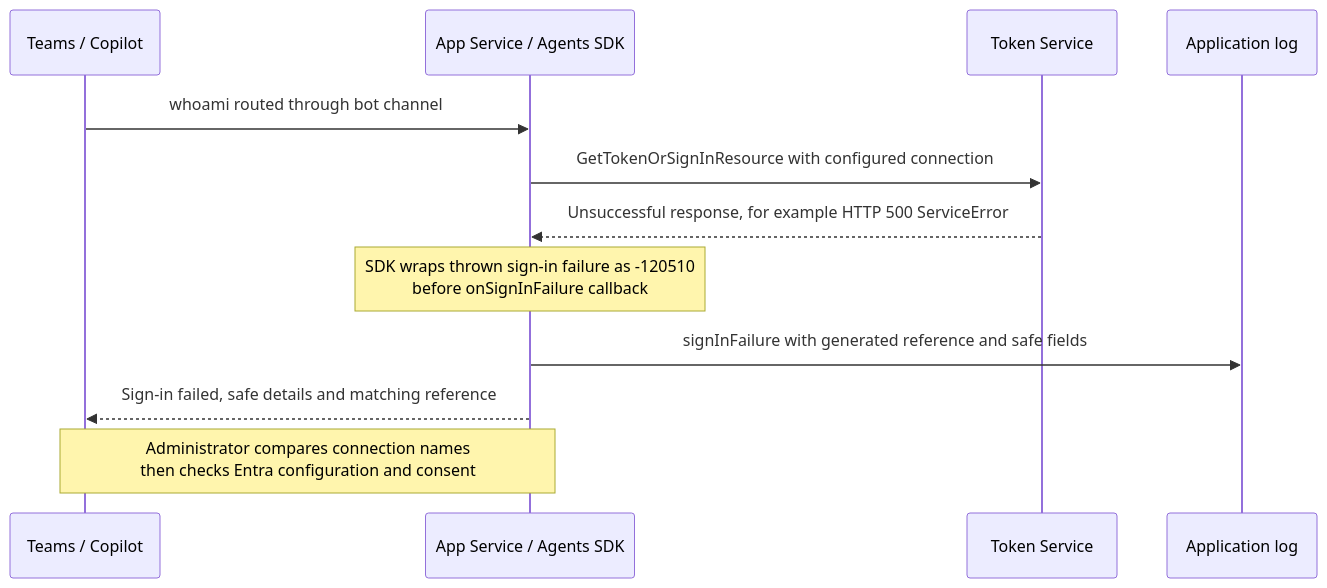
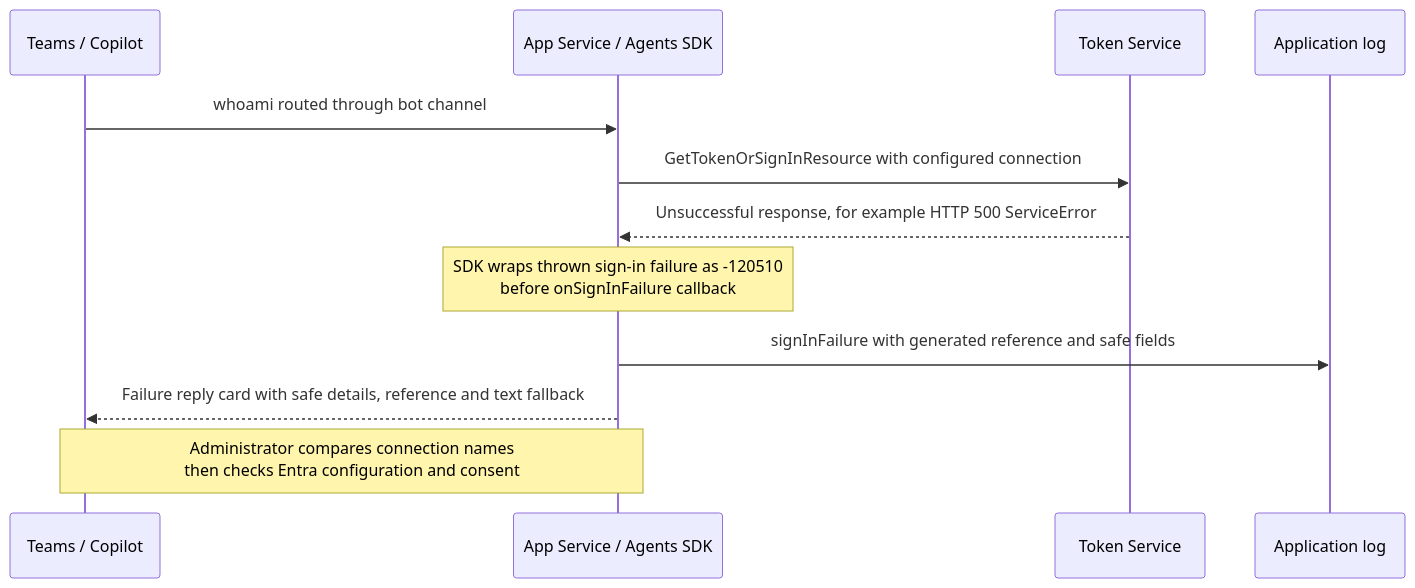
The third of 3 diagrams in docs/ARCHITECTURE.md (san360/teams-sso-oauth), drawn with Mermaid before and after one commit. The commit also changed other lines of this file and 9 other files, not shown here.

Commit message:
Add polished diagnostic reply cards with safe fallbacks

````diff
--- a/docs/ARCHITECTURE.md
+++ b/docs/ARCHITECTURE.md
@@ -82,14 +82,14 @@
 ```mermaid
 sequenceDiagram
     participant Client as Teams / Copilot
     participant Agent as App Service / Agents SDK
     participant Store as Token Service
     participant Log as Application log
     Client->>Agent: whoami routed through bot channel
     Agent->>Store: GetTokenOrSignInResource with configured connection
     Store-->>Agent: Unsuccessful response, for example HTTP 500 ServiceError
     Note over Agent: SDK wraps thrown sign-in failure as -120510<br/>before onSignInFailure callback
     Agent->>Log: signInFailure with generated reference and safe fields
-    Agent-->>Client: Sign-in failed, safe details and matching reference
+    Agent-->>Client: Failure reply card with safe details, reference and text fallback
     Note over Client,Agent: Administrator compares connection names<br/>then checks Entra configuration and consent
 ```
````
